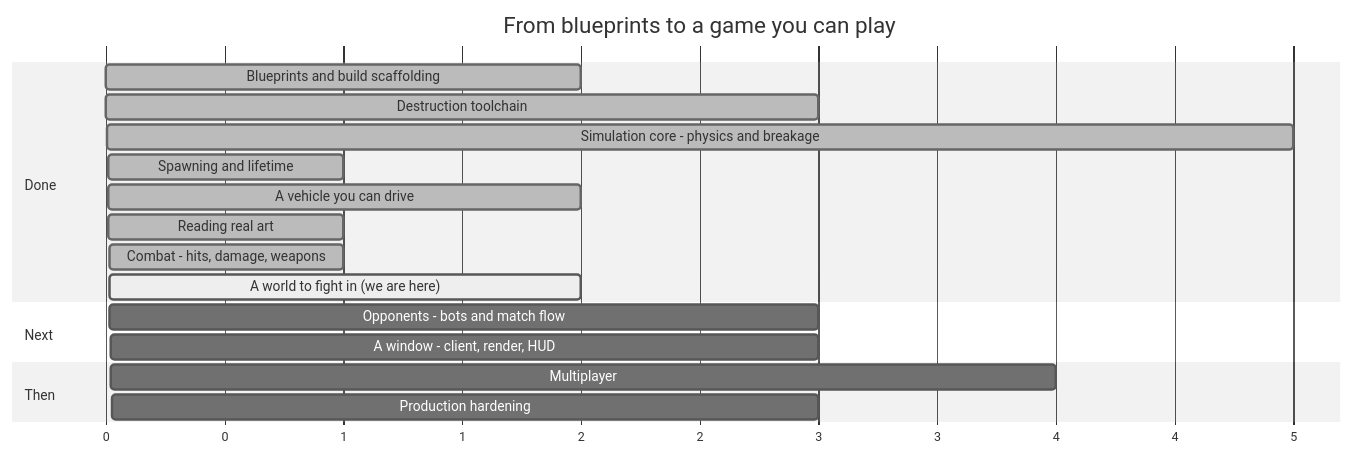
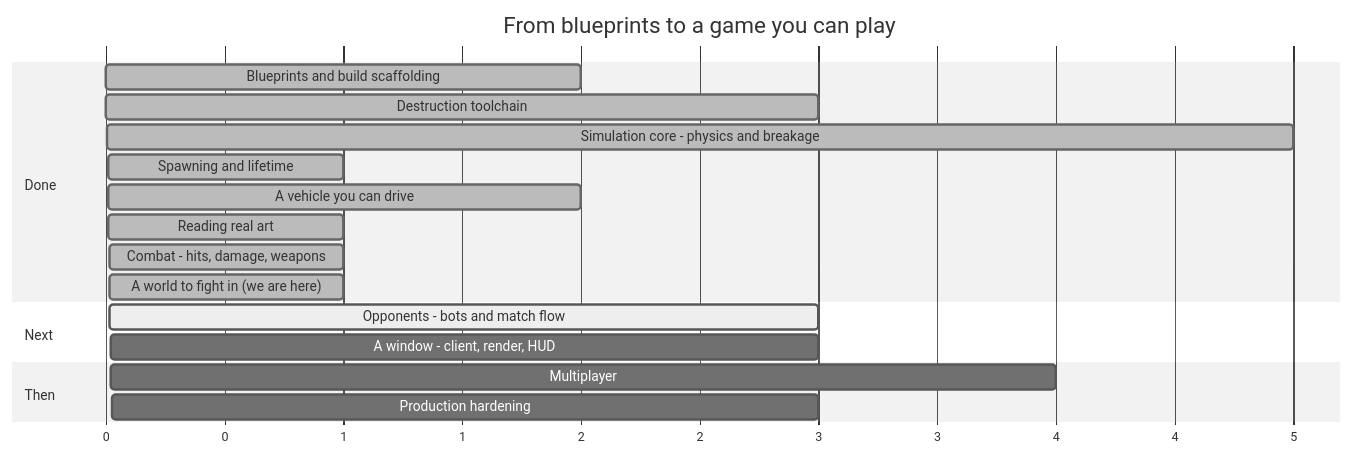
Before and after one commit to RobLobsta/Syndicate: the diagram in ROADMAP.md, drawn with Mermaid (neutral theme). The commit also changed other lines of this file and 21 other files, not shown here.

````diff
--- a/ROADMAP.md
+++ b/ROADMAP.md
@@ -17,24 +16,24 @@
 ```mermaid
 gantt
     title From blueprints to a game you can play
     dateFormat X
     axisFormat %s
 
     section Done
     Blueprints and build scaffolding        :done, p0, 0, 2
     Destruction toolchain                   :done, p1, 2, 3
     Simulation core - physics and breakage   :done, p2, 5, 5
     Spawning and lifetime                   :done, p3, 10, 1
     A vehicle you can drive                 :done, p4, 11, 2
     Reading real art                        :done, p6a, 13, 1
     Combat - hits, damage, weapons          :done, p5, 14, 1
-    A world to fight in  (we are here)      :active, p6, 15, 2
+    A world to fight in  (we are here)      :done, p6, 15, 1
 
     section Next
-    Opponents - bots and match flow         :p8, 17, 3
-    A window - client, render, HUD          :p7, 20, 3
+    Opponents - bots and match flow         :active, p8, 16, 3
+    A window - client, render, HUD          :p7, 19, 3
 
     section Then
     Multiplayer                             :p9, 23, 4
     Production hardening                    :p10, 27, 3
 ```
````
